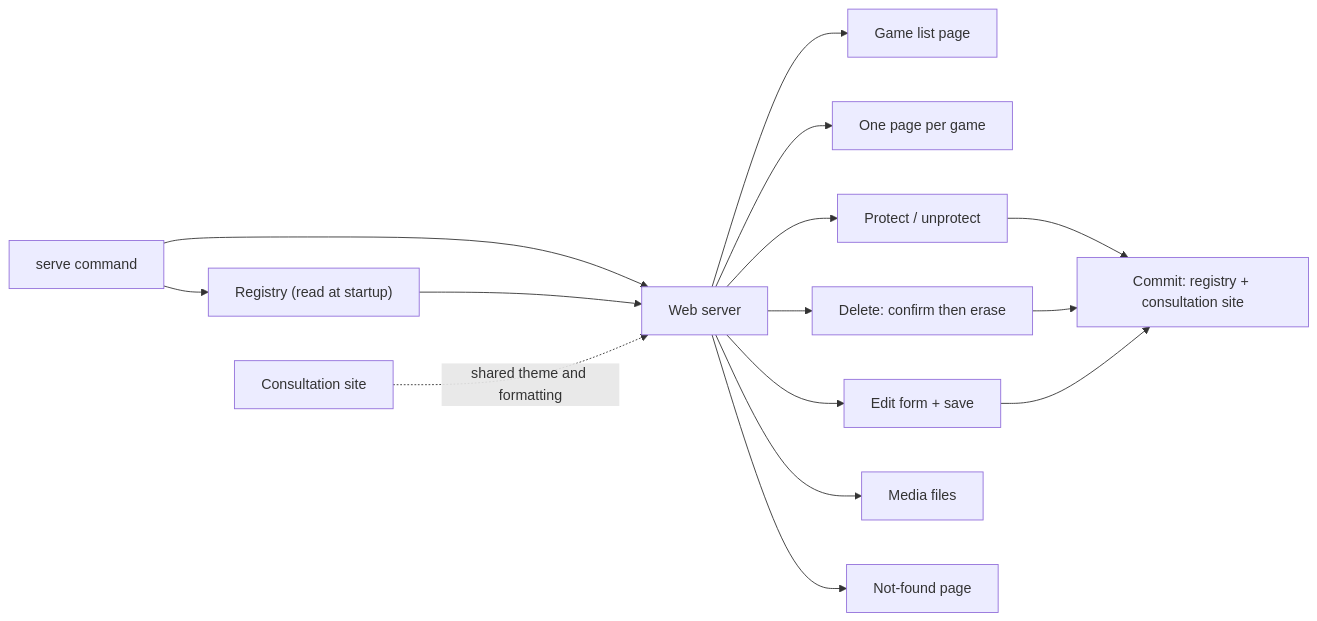
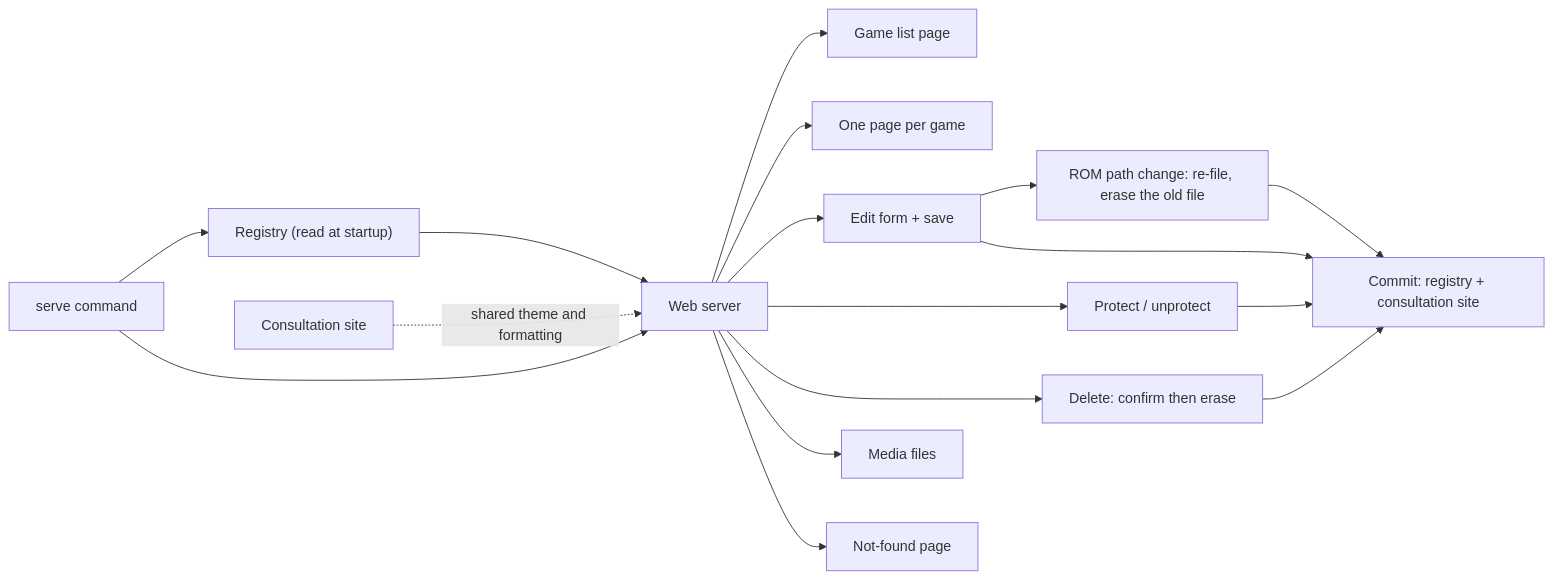
The diagram in docs/architecture.md (neolao/batocera-scrap-manager), drawn with Mermaid before and after one commit. The commit also changed other lines of this file and 19 other files, not shown here.

First line of the commit message:
feat: show and correct a game's ROM path from the web UI

````diff
--- a/docs/architecture.md
+++ b/docs/architecture.md
@@ -59,17 +59,19 @@
 ```mermaid
 flowchart LR
   CLI["serve command"] --> REG["Registry (read at startup)"]
   CLI --> SRV["Web server"]
   REG --> SRV
   SRV --> LIST["Game list page"]
   SRV --> GAME["One page per game"]
   SRV --> EDIT["Edit form + save"]
+  EDIT --> PATH["ROM path change: re-file, erase the old file"]
+  PATH --> COMMIT
   SRV --> PROT["Protect / unprotect"]
   PROT --> COMMIT
   SRV --> DEL["Delete: confirm then erase"]
   DEL --> COMMIT
   SRV --> MEDIA["Media files"]
   SRV --> NF["Not-found page"]
   EDIT --> COMMIT["Commit: registry + consultation site"]
   SITE["Consultation site"] -. shared theme and formatting .-> SRV
 ```
````
